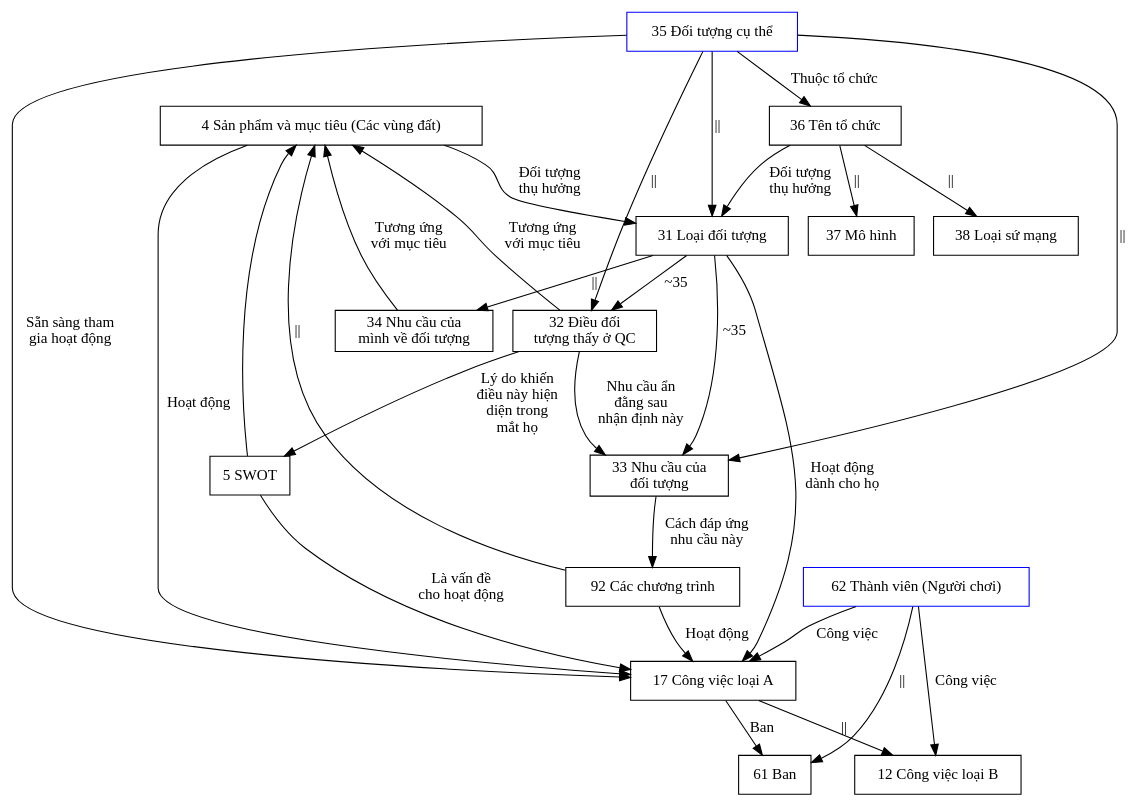
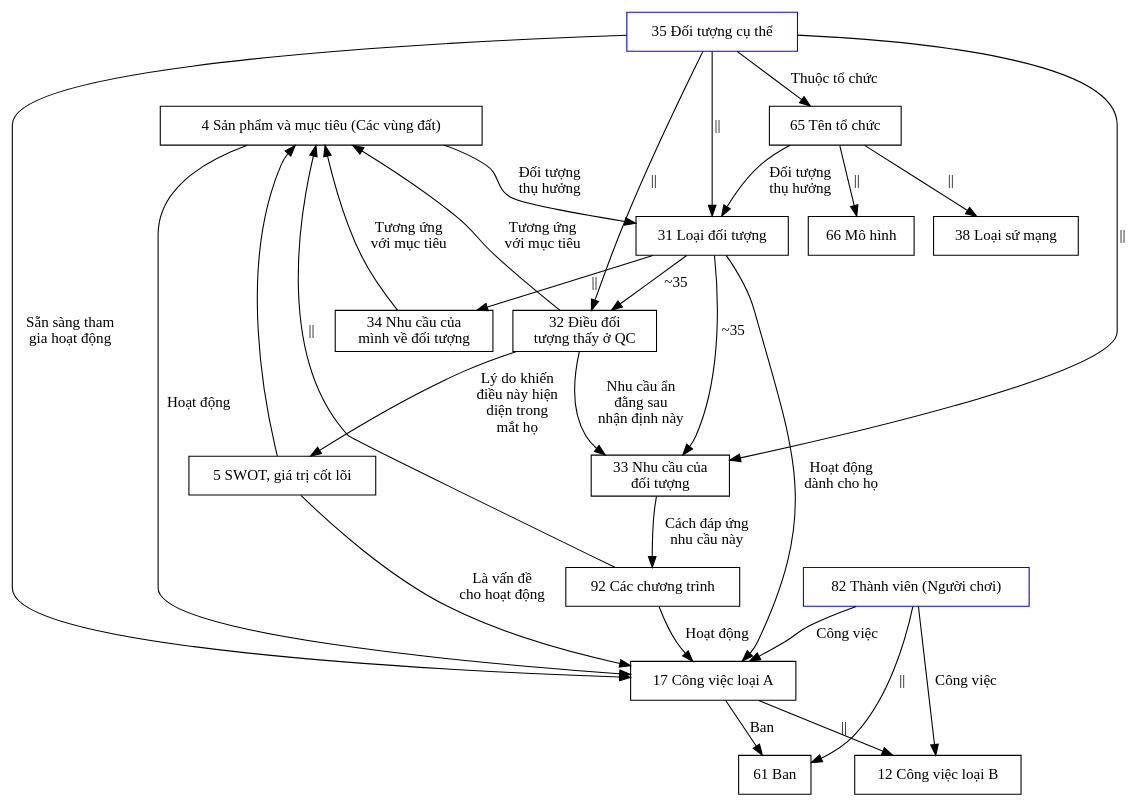
One commit to QuaCau-TheSphere/LandofSpheres changed the first of 2 diagrams in Ξ Meta 0/03 Lược đồ.md. Above: the diagram before and after it, drawn with Graphviz. The commit also changed other lines of this file and 1304 other files, not shown here.

````diff
--- a/Ξ Meta 0/03 Lược đồ.md
+++ b/Ξ Meta 0/03 Lược đồ.md
@@ -5,55 +5,55 @@
 ```dot
 digraph {
 overlap = scale
 //overlap = false;
 splines = true
 
 node [shape=round] 
 2 [label="4 Sản phẩm và mục tiêu (Các vùng đất)"] 
-4 [label="5 SWOT"] 
+4 [label="5 SWOT, giá trị cốt lõi"] 
 
 11 [label="17 Công việc loại A"] 
 12 [label="12 Công việc loại B"] 
 
 31 [label="31 Loại đối tượng"] 
 32 [label="32 Điều đối\ntượng thấy ở QC"] 
 33 [label="33 Nhu cầu của\nđối tượng"] 
 34 [label="34 Nhu cầu của\nmình về đối tượng"] 
 35 [label="35 Đối tượng cụ thể" color=blue] 
-36 [label="36 Tên tổ chức"] 
-37 [label="37 Mô hình"] 
+36 [label="65 Tên tổ chức"] 
+37 [label="66 Mô hình"] 
 38 [label="38 Loại sứ mạng"] 
 
 61 [label="61 Ban"] 
-62 [label="62 Thành viên (Người chơi)" color=blue] 
+62 [label="82 Thành viên (Người chơi)" color=blue] 
 
 92 [label="92 Các chương trình"]
 
 35 -> {31,32, 33} [label="||" ]
 31 -> {32} [label="~35"] 
 31 -> 33 [label="~35"] 
 31 -> 34 [label="||"] 
 32 -> 4 [label="Lý do khiến\nđiều này hiện\ndiện trong\nmắt họ"] 
 32 -> 33 [label="Nhu cầu ẩn\nđằng sau\nnhận định này"] 
 {34, 32} -> 2 [label="Tương ứng\nvới mục tiêu" ] 
 35 -> 36 [label="Thuộc tổ chức"]
 36 -> {37, 38} [label="||"]
 36 -> 31 [label="Đối tượng\nthụ hưởng"]
 33 -> 92 [label="Cách đáp ứng\nnhu cầu này"]
 92 -> 11 [label="Hoạt động"]
 
 35 -> 11 [label="Sẵn sàng tham\ngia hoạt động"]
 31 -> 11 [label="Hoạt động\ndành cho họ"]
 2 -> 11 [label="Hoạt động"] 
 2 -> 31 [label="Đối tượng\nthụ hưởng"]
 4 -> 11 [label="Là vấn đề\ncho hoạt động"]
 92 -> 2 [label="||"]
 4 -> 2
 
 11 -> 12 [label="||"]
 11 -> 61 [label="Ban"]
 
 62 -> {11, 12} [label="Công việc"]
 62 -> 61 [label="||"]
 }
 ```
````
